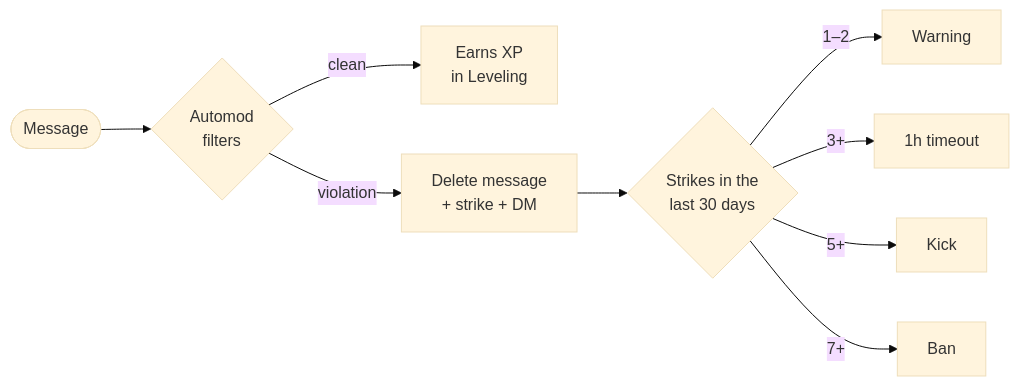
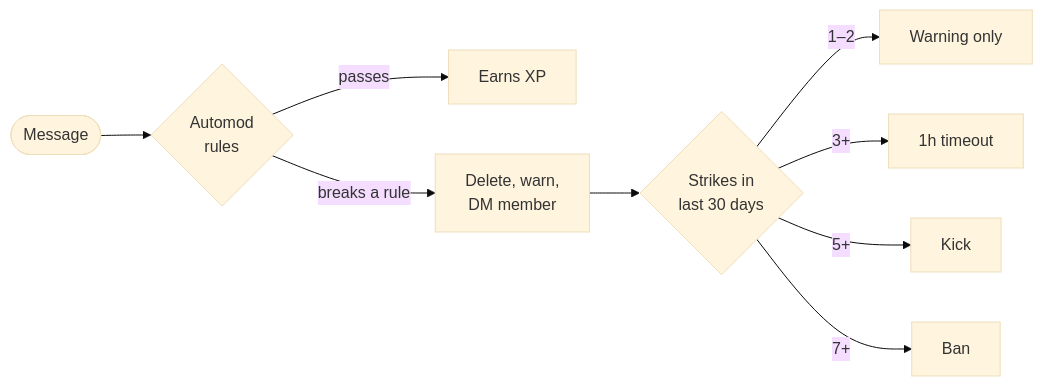
One commit to AzeemChaudhry/Warden_Discord changed the first of 2 diagrams in README.md. Above: the diagram before and after it, drawn with Mermaid (base theme). The commit also changed other lines of this file and 13 other files, not shown here.

````diff
--- a/README.md
+++ b/README.md
@@ -81,11 +68,11 @@
 ```mermaid
 flowchart LR
-    M([Message]) --> F{Automod<br>filters}
-    F -- clean --> XP[Earns XP<br>in Leveling]
-    F -- violation --> D[Delete message<br>+ strike + DM]
-    D --> S{Strikes in the<br>last 30 days}
-    S -- "1–2" --> W[Warning]
+    M([Message]) --> F{Automod<br>rules}
+    F -- passes --> XP[Earns XP]
+    F -- breaks a rule --> D[Delete, warn,<br>DM member]
+    D --> S{Strikes in<br>last 30 days}
+    S -- "1–2" --> W[Warning only]
     S -- "3+" --> T[1h timeout]
     S -- "5+" --> K[Kick]
     S -- "7+" --> B[Ban]
 ```
````
